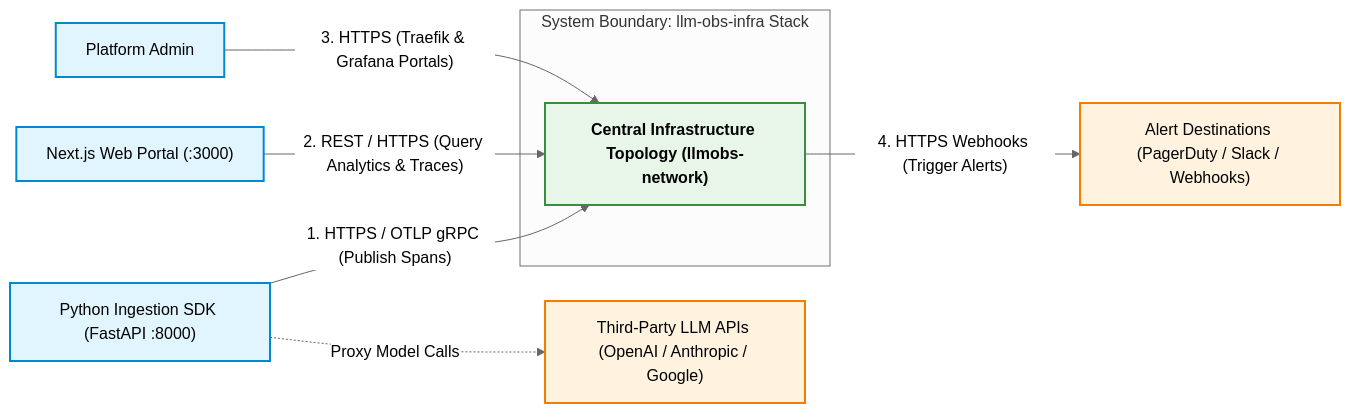
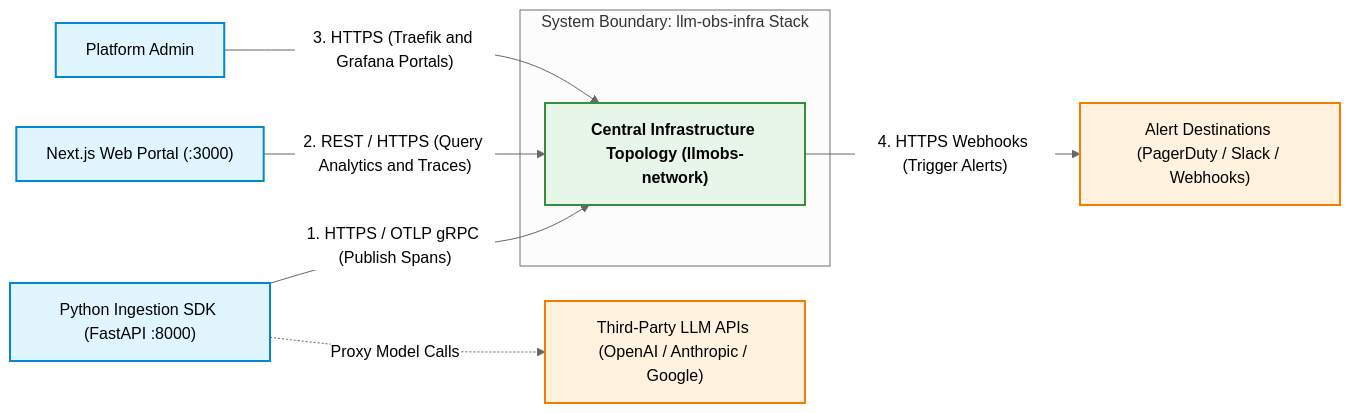
Before and after one commit to Chief-Strategist-J/llm-obs-infra: the first of 4 diagrams in docs/architectureDoc/high-level-design.md, drawn with Mermaid (neutral theme). The commit also changed 4 other files, not shown here.

First line of the commit message:
fix(docs): resolve Mermaid parse errors in edge labels across OTel guide and ADR-0009

````diff
--- a/docs/architectureDoc/high-level-design.md
+++ b/docs/architectureDoc/high-level-design.md
@@ -55,24 +55,24 @@
 ```mermaid
 graph LR
     classDef actor fill:#e1f5fe,stroke:#0288d1,stroke-width:2px;
     classDef system fill:#e8f5e9,stroke:#388e3c,stroke-width:2px,font-weight:bold;
     classDef external fill:#fff3e0,stroke:#f57c00,stroke-width:2px;
 
     PythonSDK["Python Ingestion SDK (FastAPI :8000)"]:::actor
     NextWeb["Next.js Web Portal (:3000)"]:::actor
     AdminUser["Platform Admin"]:::actor
 
     subgraph SystemBoundary ["System Boundary: llm-obs-infra Stack"]
         CoreInfra["Central Infrastructure Topology (llmobs-network)"]:::system
     end
 
     LLMProviders["Third-Party LLM APIs (OpenAI / Anthropic / Google)"]:::external
     AlertSinks["Alert Destinations (PagerDuty / Slack / Webhooks)"]:::external
 
     PythonSDK -->|"1. HTTPS / OTLP gRPC (Publish Spans)"| CoreInfra
-    NextWeb -->|"2. REST / HTTPS (Query Analytics & Traces)"| CoreInfra
-    AdminUser -->|"3. HTTPS (Traefik & Grafana Portals)"| CoreInfra
+    NextWeb -->|"2. REST / HTTPS (Query Analytics and Traces)"| CoreInfra
+    AdminUser -->|"3. HTTPS (Traefik and Grafana Portals)"| CoreInfra
 
     PythonSDK -.->|"Proxy Model Calls"| LLMProviders
     CoreInfra -->|"4. HTTPS Webhooks (Trigger Alerts)"| AlertSinks
 ```
````
